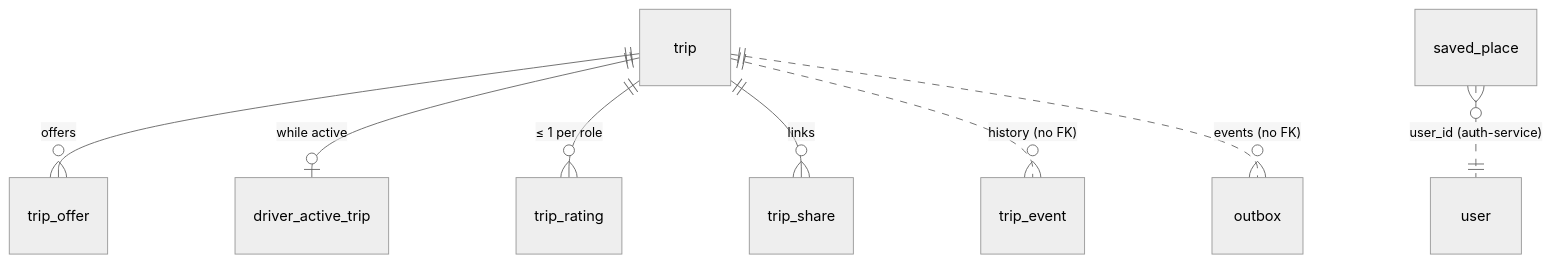
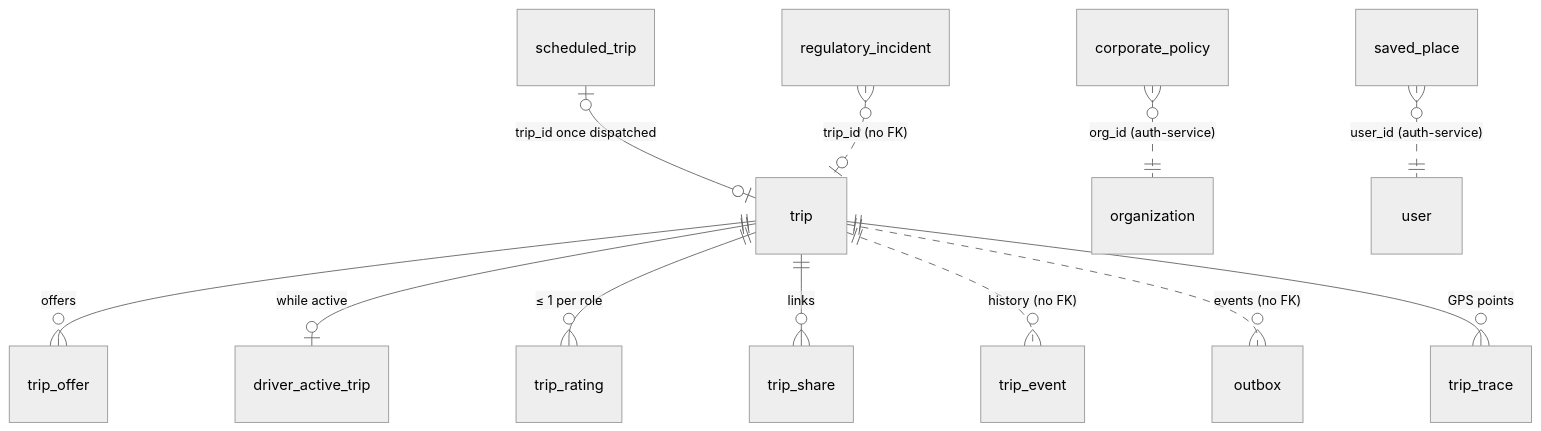
The diagram in services/trip-service/docs/data-model.md (beab1212/Anbessa), drawn with Mermaid (neutral theme) before and after one commit. The commit also changed other lines of this file and 32 other files, not shown here.

Commit message:
trip-service: trip search, company and fleet trip lists, staff timeline events, daily and regulatory reports, scheduled rides, driver reassignment, GPS trace export, corporate ride policies, and promo discounts copied from the quote into the trip and its events.

````diff
--- a/services/trip-service/docs/data-model.md
+++ b/services/trip-service/docs/data-model.md
@@ -7,10 +7,14 @@
 ```mermaid
 erDiagram
   trip ||--o{ trip_offer : "offers"
   trip ||--o| driver_active_trip : "while active"
   trip ||--o{ trip_rating : "≤ 1 per role"
   trip ||--o{ trip_share : "links"
   trip ||..o{ trip_event : "history (no FK)"
   trip ||..o{ outbox : "events (no FK)"
+  trip ||--o{ trip_trace : "GPS points"
+  scheduled_trip |o--o| trip : "trip_id once dispatched"
+  corporate_policy }o..|| organization : "org_id (auth-service)"
+  regulatory_incident }o..o| trip : "trip_id (no FK)"
   saved_place }o..|| user : "user_id (auth-service)"
 ```
````
